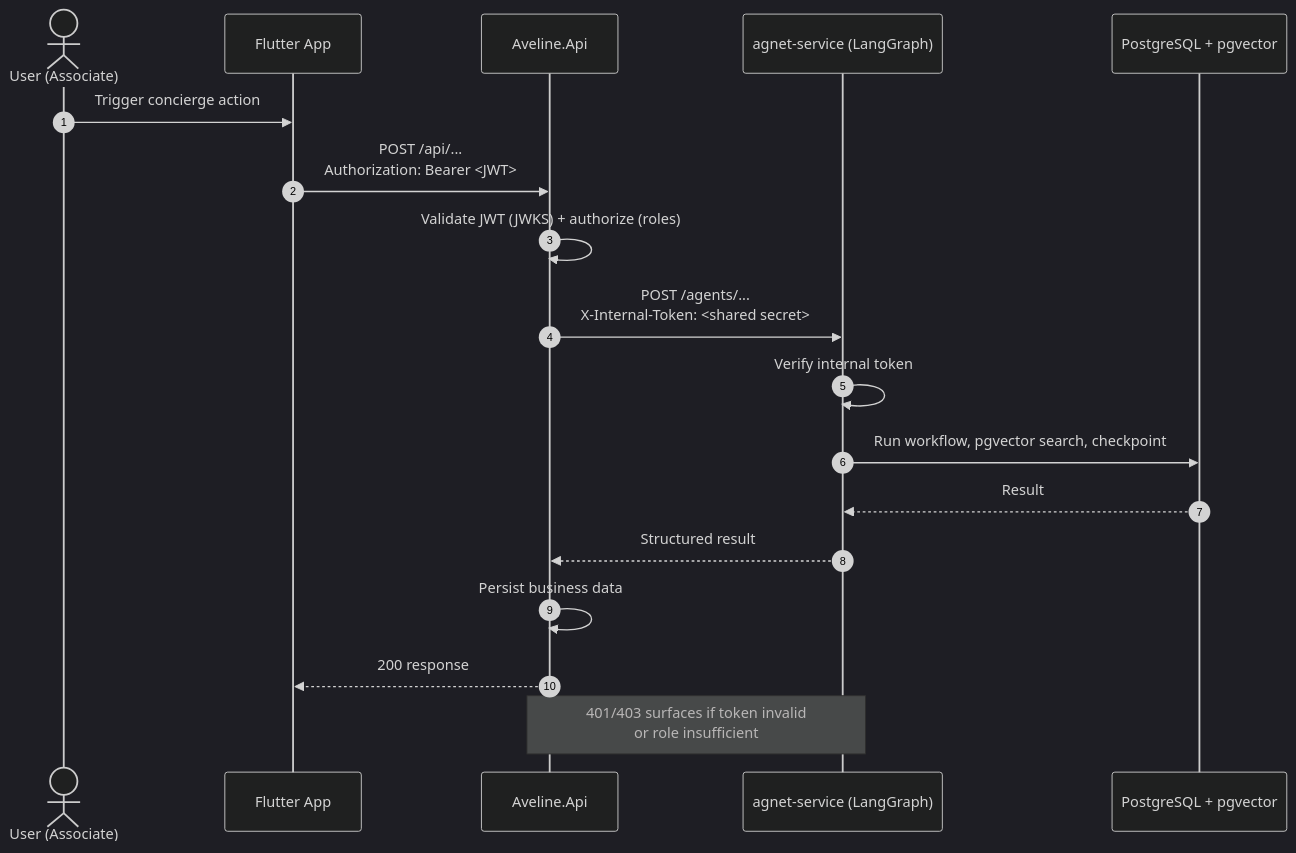
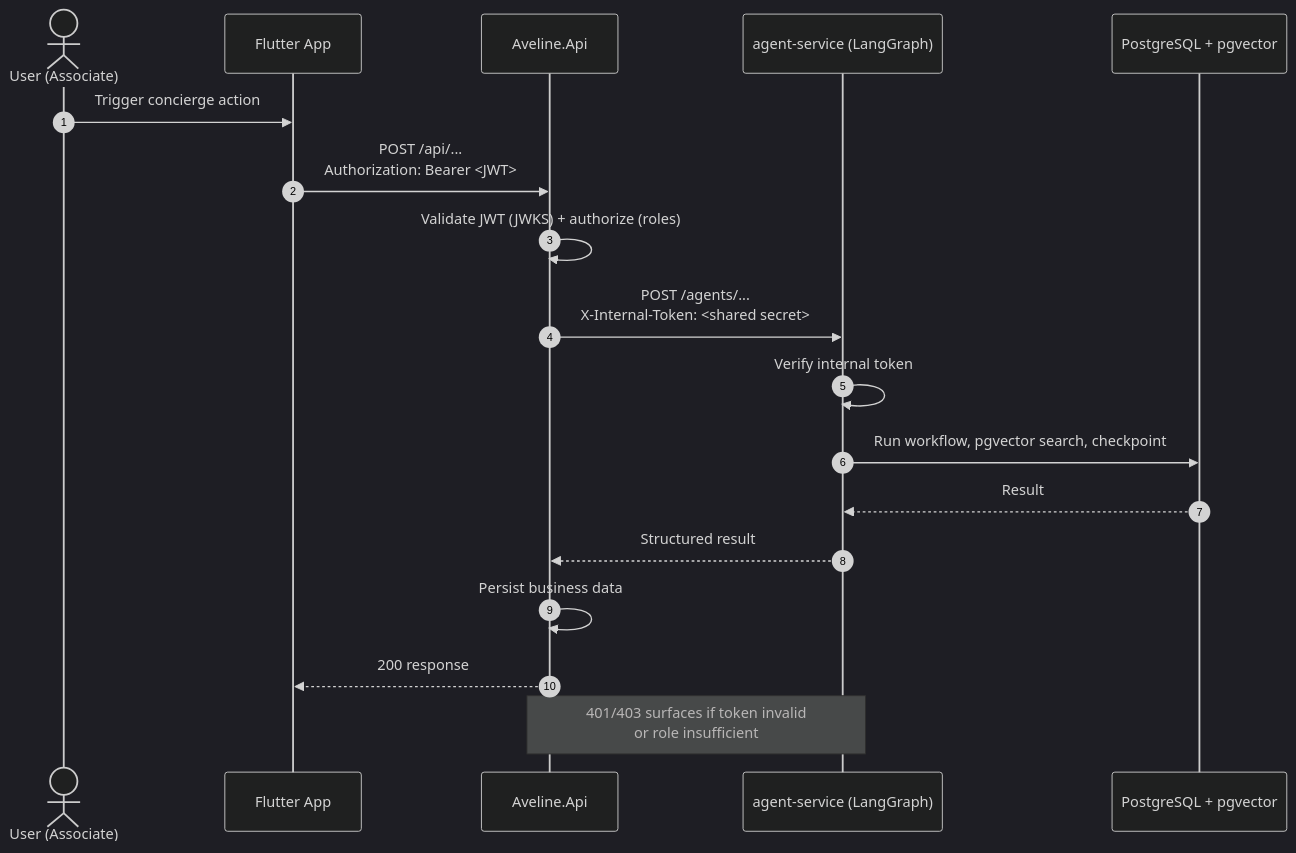
The fourth of 4 diagrams in docs/architecture/authentication.md (KavinduNirmal/aveline), drawn with Mermaid (dark theme) before and after one commit. The commit also changed other lines of this file and 245 other files, not shown here.

First line of the commit message:
refactor(agent): rename agnet-service to agent-service

````diff
--- a/docs/architecture/authentication.md
+++ b/docs/architecture/authentication.md
@@ -137,21 +137,21 @@
 ```mermaid
 sequenceDiagram
     autonumber
     actor U as User (Associate)
     participant C as Flutter App
     participant A as Aveline.Api
-    participant G as agnet-service (LangGraph)
+    participant G as agent-service (LangGraph)
     participant D as PostgreSQL + pgvector
 
     U->>C: Trigger concierge action
     C->>A: POST /api/...<br/>Authorization: Bearer <JWT>
     A->>A: Validate JWT (JWKS) + authorize (roles)
     A->>G: POST /agents/...<br/>X-Internal-Token: <shared secret>
     G->>G: Verify internal token
     G->>D: Run workflow, pgvector search, checkpoint
     D-->>G: Result
     G-->>A: Structured result
     A->>A: Persist business data
     A-->>C: 200 response
     Note over A,G: 401/403 surfaces if token invalid<br/>or role insufficient
 ```
````
